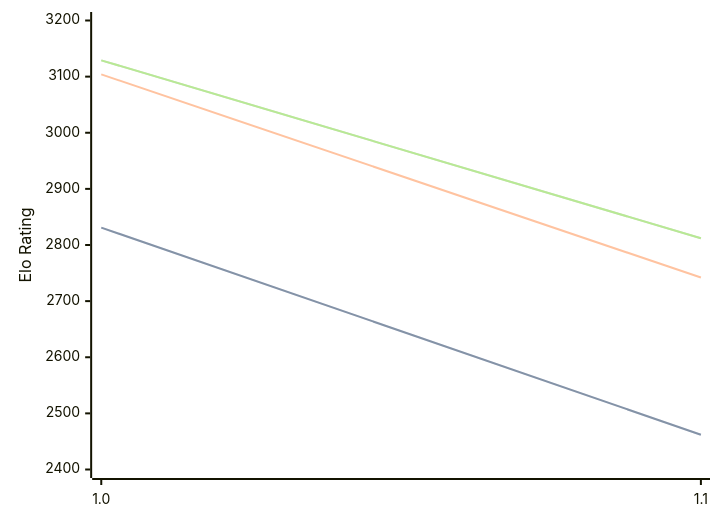
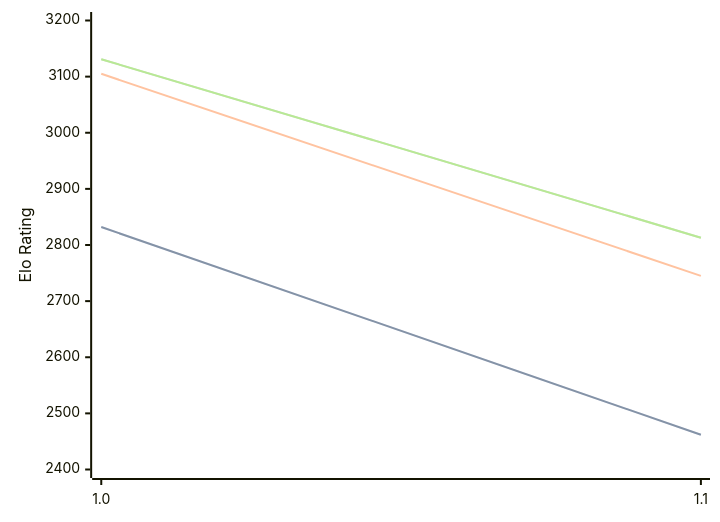
Before and after one commit to computer-chess-index/cci: the diagram in engines/Publius.md, drawn with Mermaid. The commit also changed other lines of this file, not shown here.

Commit message:
Update CCI Ratings (ELO VLTC) - 2026-08-22

````diff
--- a/engines/Publius.md
+++ b/engines/Publius.md
@@ -32,11 +32,11 @@
 ```mermaid
 %%{init: {"theme":"base","themeVariables":{"seriesColors:['#a3a3a3','#222221','#faa371']}}}%%
 xychart-beta
   x-axis ["1.0", "1.1"]
   y-axis "Elo Rating" 2400 --> 3200
-  line "STC (8.0+0.08s)" [2831, 2462]
-  line "STC (8.0+0.08s)" [2831, 2462]
-  line "LTC (60.0+0.60s)" [3104, 2742]
-  line "VLTC (2m24s+1.12s)" [3129, 2812]
-  line "VLTC (2m24s+1.12s)" [3129, 2812]
+  line "STC (8.0+0.08s)" [2832, 2462]
+  line "STC (8.0+0.08s)" [2832, 2462]
+  line "LTC (60.0+0.60s)" [3105, 2745]
+  line "VLTC (2m24s+1.12s)" [3131, 2813]
+  line "VLTC (2m24s+1.12s)" [3131, 2813]
 ```
````
